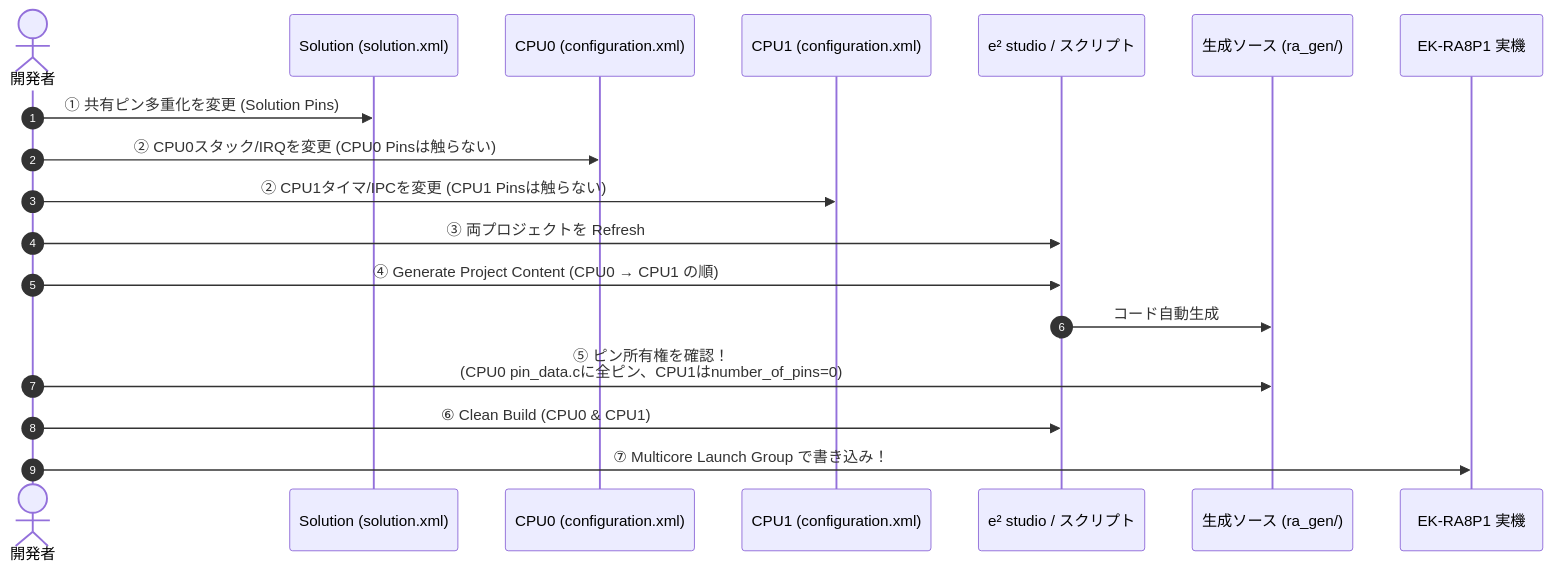
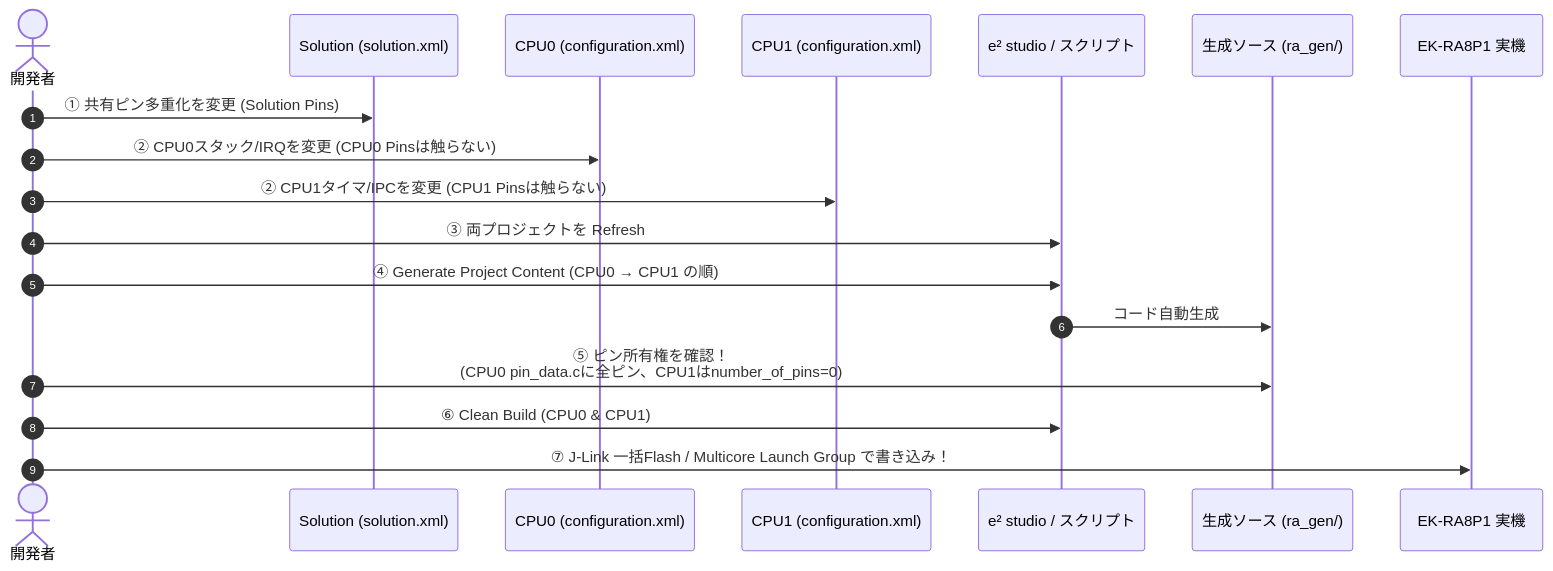
One commit to horned128/sound-exploration-rover changed the diagram in docs/textbook/09_development_workflow_and_build.md. Above: the diagram before and after it, drawn with Mermaid. The commit also changed other lines of this file and 20 other files, not shown here.

````diff
--- a/docs/textbook/09_development_workflow_and_build.md
+++ b/docs/textbook/09_development_workflow_and_build.md
@@ -58,21 +80,21 @@
 ```mermaid
 sequenceDiagram
     autonumber
     actor DEV as 開発者
     participant SOL as Solution (solution.xml)
     participant C0_CFG as CPU0 (configuration.xml)
     participant C1_CFG as CPU1 (configuration.xml)
     participant IDE as e² studio / スクリプト
     participant SRC as 生成ソース (ra_gen/)
     participant FLASH as EK-RA8P1 実機
 
     DEV->>SOL: ① 共有ピン多重化を変更 (Solution Pins)
     DEV->>C0_CFG: ② CPU0スタック/IRQを変更 (CPU0 Pinsは触らない)
     DEV->>C1_CFG: ② CPU1タイマ/IPCを変更 (CPU1 Pinsは触らない)
     DEV->>IDE: ③ 両プロジェクトを Refresh
     DEV->>IDE: ④ Generate Project Content (CPU0 → CPU1 の順)
     IDE->>SRC: コード自動生成
     DEV->>SRC: ⑤ ピン所有権を確認！<br/>(CPU0 pin_data.cに全ピン、CPU1はnumber_of_pins=0)
     DEV->>IDE: ⑥ Clean Build (CPU0 & CPU1)
-    DEV->>FLASH: ⑦ Multicore Launch Group で書き込み！
+    DEV->>FLASH: ⑦ J-Link 一括Flash / Multicore Launch Group で書き込み！
 ```
````
